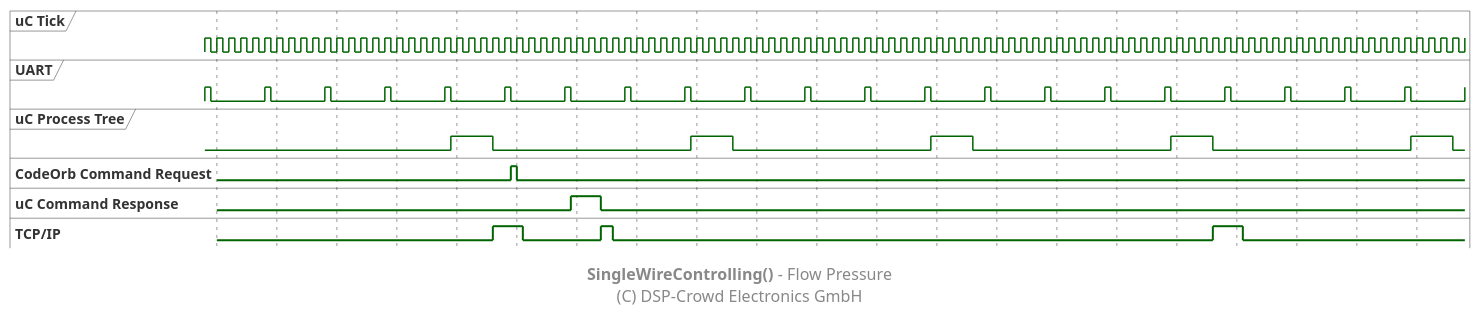
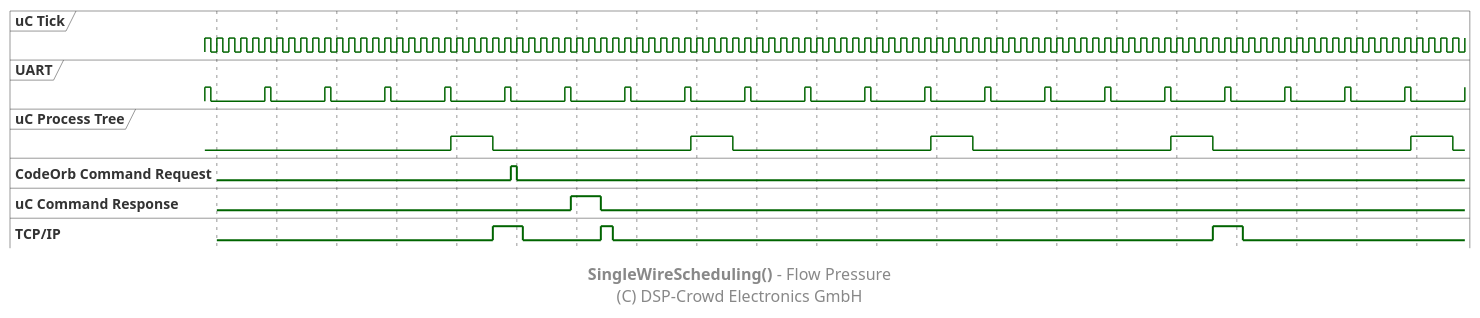
The diagram in doc/system/flow-pressure.pu (NoOrientationProgramming/code-orb), drawn with PlantUML before and after one commit. The commit also changed 9 other files, not shown here.

```diff
--- a/doc/system/flow-pressure.pu
+++ b/doc/system/flow-pressure.pu
@@ -2,50 +2,50 @@
 @startuml
 
 ' skinparam linetype polyline
 
 scale 10 as 60 pixels
 skinparam FooterFontSize 16
 
 hide time-axis
 
 clock "uC Tick" as clkTick with period 2 pulse 1
 clock "UART" as clkWire with period 10 pulse 1
 clock "uC Process Tree" as clkUc with period 40 pulse 7 offset 41
 
 binary "CodeOrb Command Request" as sCmd
 binary "uC Command Response" as sResp
 binary "TCP/IP" as sTcp
 
 @48
 sTcp is 1
 
 @+5
 sTcp is 0
 
 @51
 sCmd is 1
 
 @+1
 sCmd is 0
 
 @61
 sResp is 1
 
 @+5
 sResp is 0
 sTcp is 1
 
 @+2
 sTcp is 0
 
 @168
 sTcp is 1
 
 @+5
 sTcp is 0
 
 @200
 
-footer **SingleWireControlling()** - Flow Pressure\n(C) DSP-Crowd Electronics GmbH
+footer **SingleWireScheduling()** - Flow Pressure\n(C) DSP-Crowd Electronics GmbH
 
 @enduml
```
